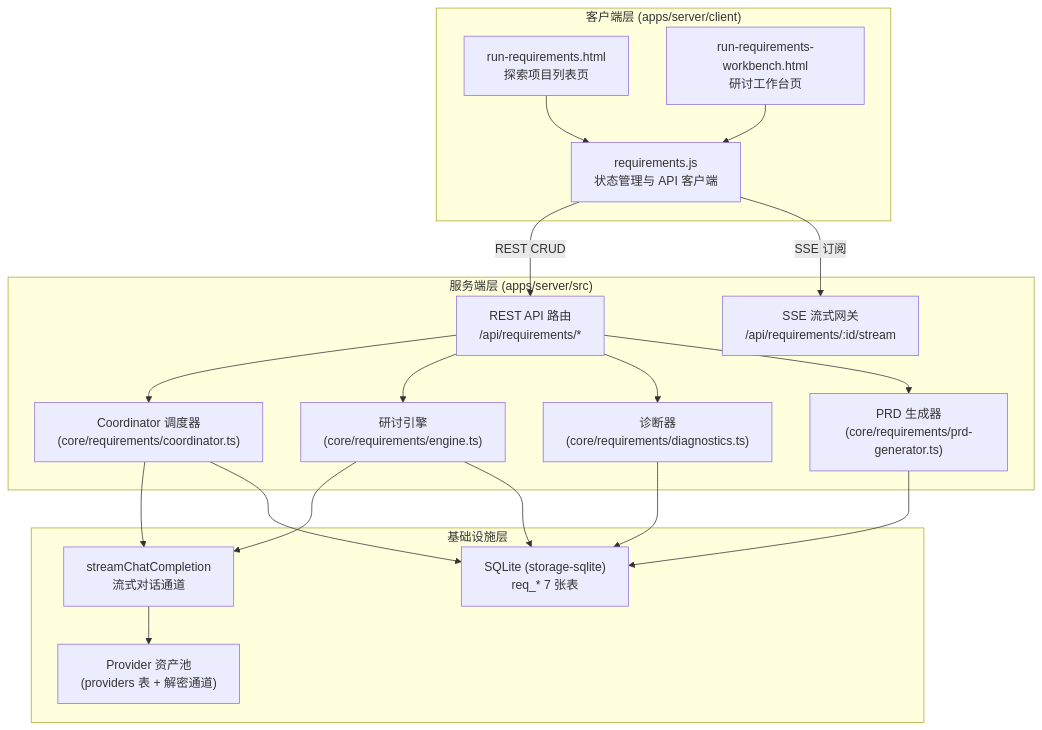
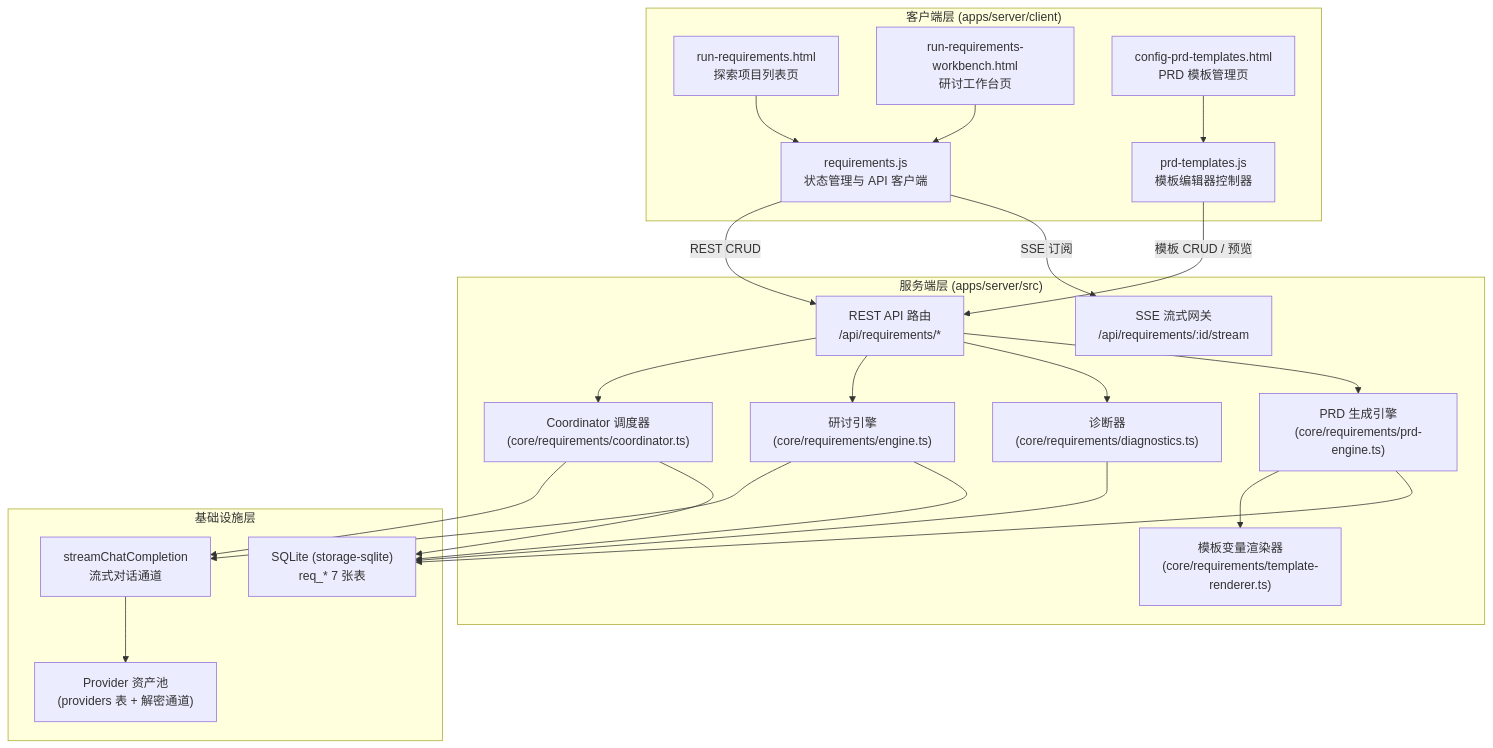
One commit to cpro1868/pgh_harness changed the diagram in docs/阶段-2-设计/MOD-17-需求探索概要设计.md. Above: the diagram before and after it, drawn with Mermaid. The commit also changed other lines of this file and 5 other files, not shown here.

````diff
--- a/docs/阶段-2-设计/MOD-17-需求探索概要设计.md
+++ b/docs/阶段-2-设计/MOD-17-需求探索概要设计.md
@@ -35,39 +35,45 @@
 ```mermaid
 graph TD
     subgraph Client ["客户端层 (apps/server/client)"]
         LIST["run-requirements.html<br/>探索项目列表页"]
         WB["run-requirements-workbench.html<br/>研讨工作台页"]
+        TPL["config-prd-templates.html<br/>PRD 模板管理页"]
         RJS["requirements.js<br/>状态管理与 API 客户端"]
+        TPLJS["prd-templates.js<br/>模板编辑器控制器"]
     end
 
     subgraph Server ["服务端层 (apps/server/src)"]
         API["REST API 路由<br/>/api/requirements/*"]
         SSE["SSE 流式网关<br/>/api/requirements/:id/stream"]
         COORD["Coordinator 调度器<br/>(core/requirements/coordinator.ts)"]
         ENGINE["研讨引擎<br/>(core/requirements/engine.ts)"]
         DIAG["诊断器<br/>(core/requirements/diagnostics.ts)"]
-        PRDGEN["PRD 生成器<br/>(core/requirements/prd-generator.ts)"]
+        PRDGEN["PRD 生成引擎<br/>(core/requirements/prd-engine.ts)"]
+        TPLRENDER["模板变量渲染器<br/>(core/requirements/template-renderer.ts)"]
     end
 
     subgraph Infra ["基础设施层"]
         DB["SQLite (storage-sqlite)<br/>req_* 7 张表"]
         PROVIDER["Provider 资产池<br/>(providers 表 + 解密通道)"]
         CHATFN["streamChatCompletion<br/>流式对话通道"]
     end
 
     LIST --> RJS
     WB --> RJS
+    TPL --> TPLJS
     RJS -->|"REST CRUD"| API
     RJS -->|"SSE 订阅"| SSE
+    TPLJS -->|"模板 CRUD / 预览"| API
     API --> COORD
     API --> ENGINE
     API --> DIAG
     API --> PRDGEN
+    PRDGEN --> TPLRENDER
     COORD --> CHATFN
     ENGINE --> CHATFN
     CHATFN --> PROVIDER
     ENGINE --> DB
     DIAG --> DB
     PRDGEN --> DB
     COORD --> DB
 ```
````
